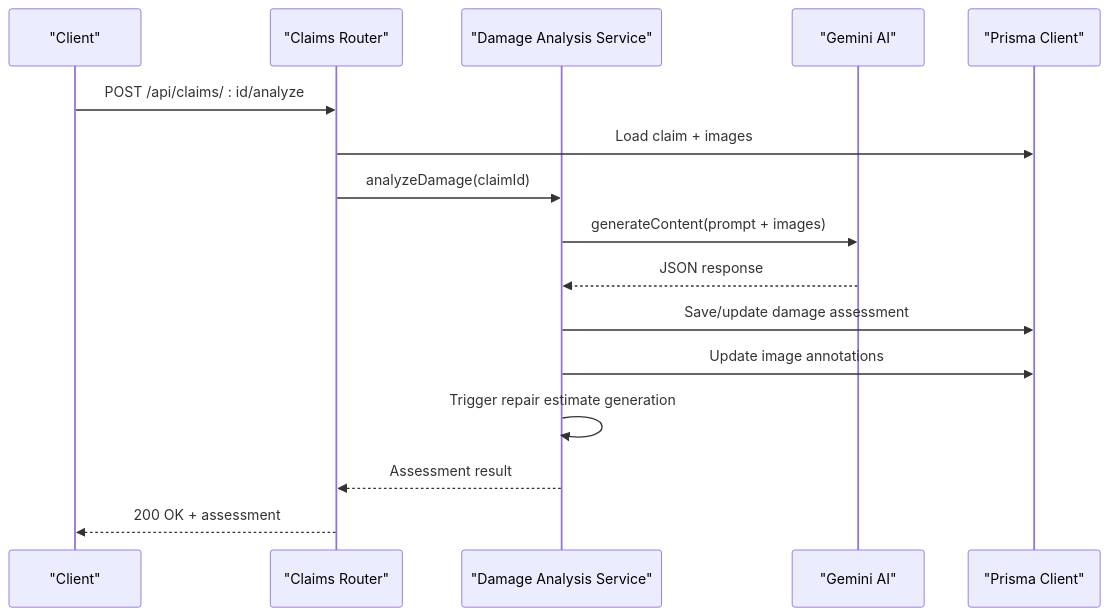
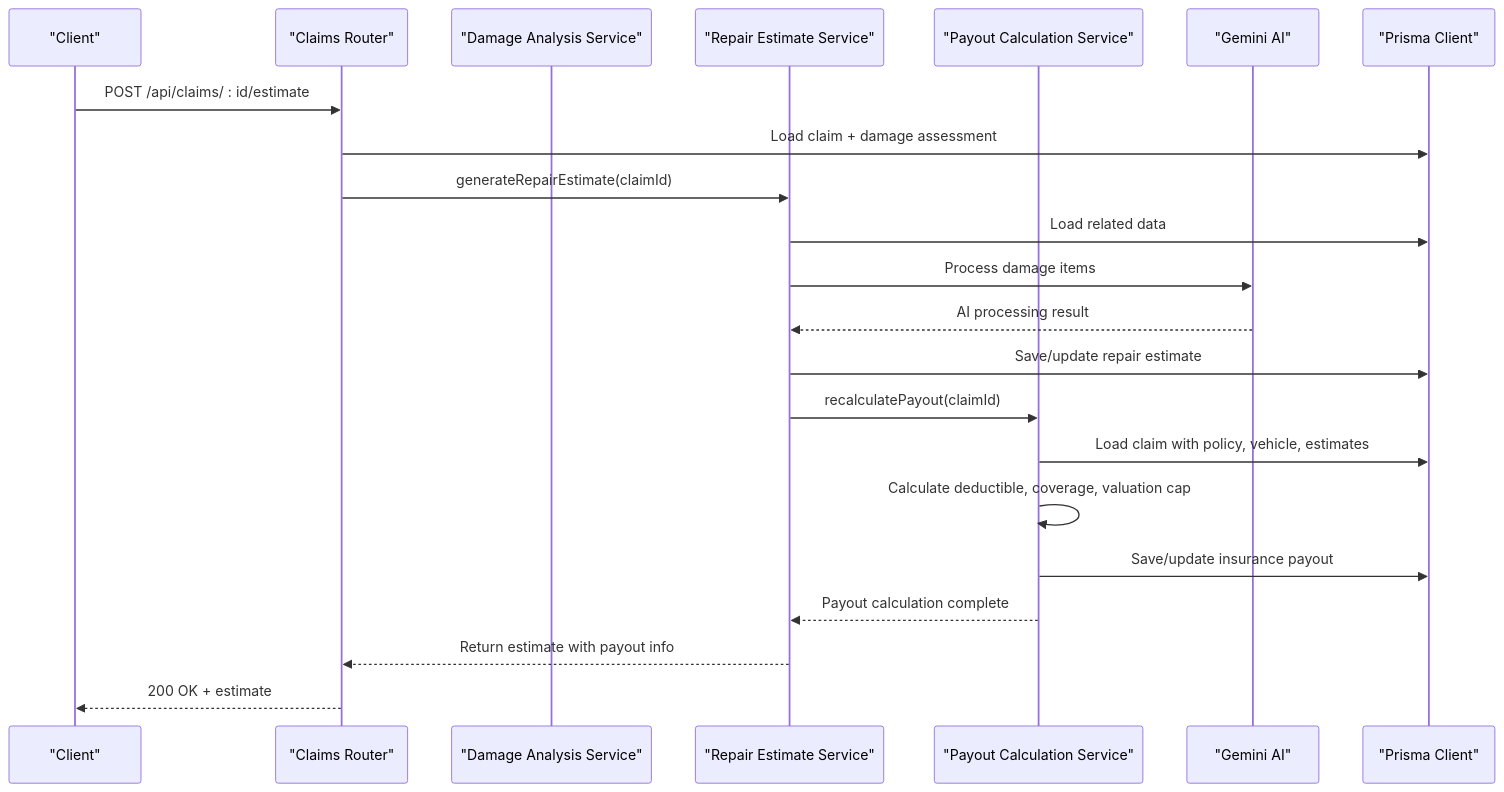
The second of 9 diagrams in .qoder/repowiki/en/content/Backend Documentation/Business Logic & Services/Business Logic & Services.md (NaveenHiranya/Smart-Vehicle-Insurance-Claim-System), drawn with Mermaid before and after one commit. The commit also changed other lines of this file and 38 other files, not shown here.

Commit message:
fex: ai image process problem

````diff
--- a/.qoder/repowiki/en/content/Backend Documentation/Business Logic & Services/Business Logic & Services.md
+++ b/.qoder/repowiki/en/content/Backend Documentation/Business Logic & Services/Business Logic & Services.md
@@ -104,18 +124,24 @@
 ```mermaid
 sequenceDiagram
 participant C as "Client"
 participant R as "Claims Router"
 participant D as "Damage Analysis Service"
+participant E as "Repair Estimate Service"
+participant P as "Payout Calculation Service"
 participant G as "Gemini AI"
-participant P as "Prisma Client"
-C->>R : POST /api/claims/ : id/analyze
-R->>P : Load claim + images
-R->>D : analyzeDamage(claimId)
-D->>G : generateContent(prompt + images)
-G-->>D : JSON response
-D->>P : Save/update damage assessment
-D->>P : Update image annotations
-D->>D : Trigger repair estimate generation
-D-->>R : Assessment result
-R-->>C : 200 OK + assessment
+participant DB as "Prisma Client"
+C->>R : POST /api/claims/ : id/estimate
+R->>DB : Load claim + damage assessment
+R->>E : generateRepairEstimate(claimId)
+E->>DB : Load related data
+E->>G : Process damage items
+G-->>E : AI processing result
+E->>DB : Save/update repair estimate
+E->>P : recalculatePayout(claimId)
+P->>DB : Load claim with policy, vehicle, estimates
+P->>P : Calculate deductible, coverage, valuation cap
+P->>DB : Save/update insurance payout
+P-->>E : Payout calculation complete
+E-->>R : Return estimate with payout info
+R-->>C : 200 OK + estimate
 ```
````
